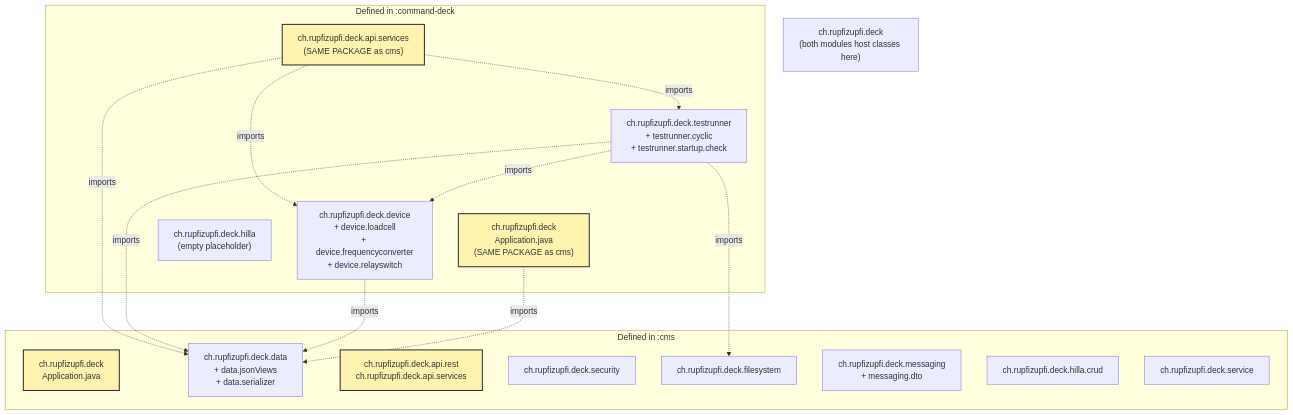
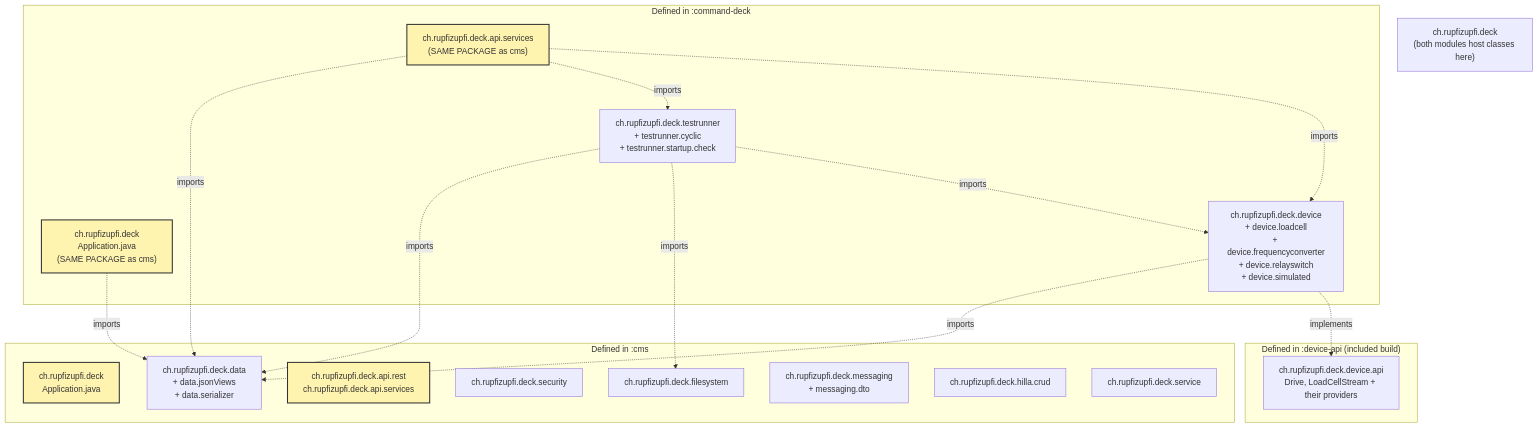
Before and after one commit to rupfizupfi/breaktest-command-deck: the diagram in doc/diagrams/src/package-overlap.mmd, drawn with Mermaid. The commit also changed 16 other files, not shown here.

```diff
--- a/doc/diagrams/src/package-overlap.mmd
+++ b/doc/diagrams/src/package-overlap.mmd
@@ -1,36 +1,40 @@
 %% Package overlap map for shared root ch.rupfizupfi.deck
 %% Source: cms/src/main/java/ch/rupfizupfi/deck/** and command-deck/src/main/java/ch/rupfizupfi/deck/**
-%% Branch: dev-split, 2026-04-25
+%% Branch: main, 2026-08-29
 graph TD
     root["ch.rupfizupfi.deck<br/>(both modules host classes here)"]
 
     subgraph cms_pkgs["Defined in :cms"]
         cms_root["ch.rupfizupfi.deck<br/>Application.java"]
         cms_data["ch.rupfizupfi.deck.data<br/>+ data.jsonViews<br/>+ data.serializer"]
         cms_api["ch.rupfizupfi.deck.api.rest<br/>ch.rupfizupfi.deck.api.services"]
         cms_security["ch.rupfizupfi.deck.security"]
         cms_filesystem["ch.rupfizupfi.deck.filesystem"]
         cms_messaging["ch.rupfizupfi.deck.messaging<br/>+ messaging.dto"]
         cms_hilla["ch.rupfizupfi.deck.hilla.crud"]
         cms_service["ch.rupfizupfi.deck.service"]
     end
 
     subgraph deck_pkgs["Defined in :command-deck"]
         deck_root["ch.rupfizupfi.deck<br/>Application.java<br/>(SAME PACKAGE as cms)"]
         deck_api["ch.rupfizupfi.deck.api.services<br/>(SAME PACKAGE as cms)"]
-        deck_device["ch.rupfizupfi.deck.device<br/>+ device.loadcell<br/>+ device.frequencyconverter<br/>+ device.relayswitch"]
+        deck_device["ch.rupfizupfi.deck.device<br/>+ device.loadcell<br/>+ device.frequencyconverter<br/>+ device.relayswitch<br/>+ device.simulated"]
         deck_test["ch.rupfizupfi.deck.testrunner<br/>+ testrunner.cyclic<br/>+ testrunner.startup.check"]
-        deck_hilla["ch.rupfizupfi.deck.hilla<br/>(empty placeholder)"]
+    end
+
+    subgraph api_pkgs["Defined in :device-api (included build)"]
+        api_device["ch.rupfizupfi.deck.device.api<br/>Drive, LoadCellStream + their providers"]
     end
 
     deck_api -.->|imports| cms_data
     deck_api -.->|imports| deck_test
     deck_api -.->|imports| deck_device
     deck_test -.->|imports| cms_data
     deck_test -.->|imports| cms_filesystem
     deck_test -.->|imports| deck_device
     deck_device -.->|imports| cms_data
     deck_root -.->|imports| cms_data
+    deck_device -.->|implements| api_device
 
     classDef shared fill:#fff3b0,stroke:#333,stroke-width:2px
     class cms_root,deck_root,cms_api,deck_api shared
```
